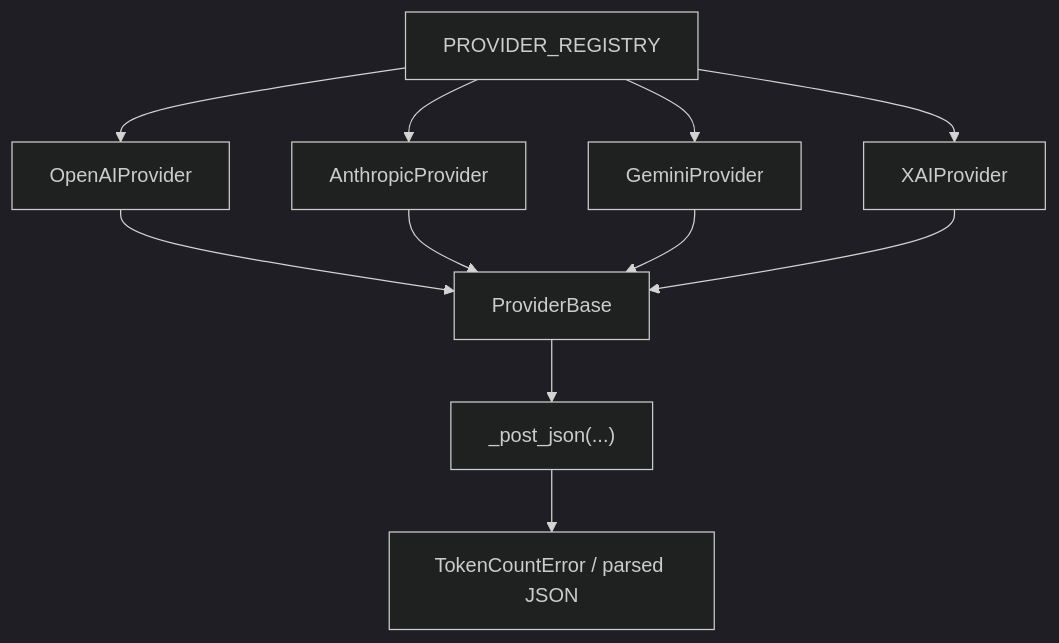
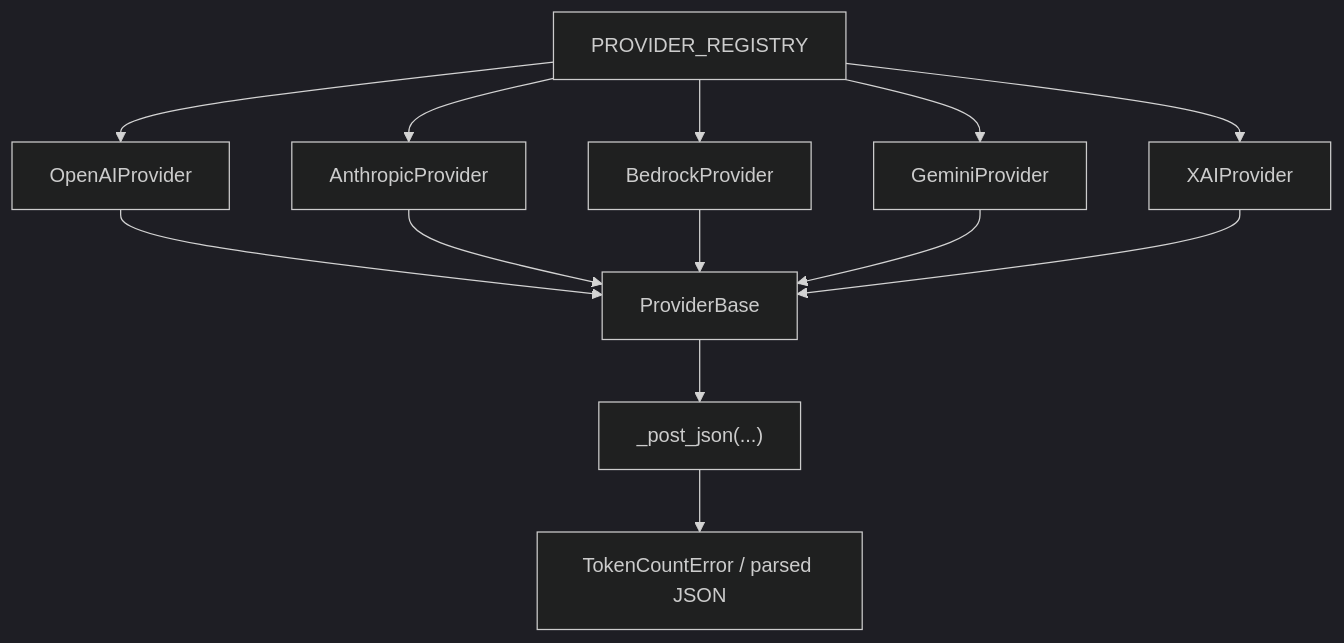
Before and after one commit to vienneraphael/kentokit: the diagram in docs/architecture/providers.md, drawn with Mermaid (dark theme). The commit also changed other lines of this file and 4 other files, not shown here.

````diff
--- a/docs/architecture/providers.md
+++ b/docs/architecture/providers.md
@@ -22,13 +24,15 @@
 ```mermaid
 flowchart TD
     A["PROVIDER_REGISTRY"] --> B["OpenAIProvider"]
     A --> C["AnthropicProvider"]
-    A --> D["GeminiProvider"]
-    A --> E["XAIProvider"]
+    A --> D["BedrockProvider"]
+    A --> E["GeminiProvider"]
+    A --> I["XAIProvider"]
     B --> F["ProviderBase"]
     C --> F
     D --> F
     E --> F
+    I --> F
     F --> G["_post_json(...)"]
     G --> H["TokenCountError / parsed JSON"]
 ```
````
